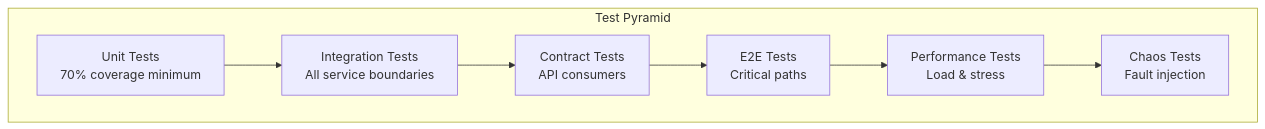
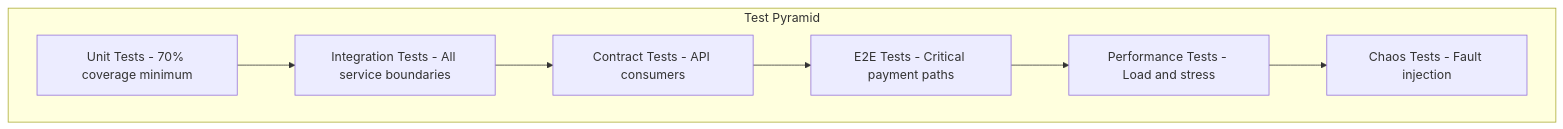
Diagram 15 of 15 in PRD.md (ashishthakur913/catenadocs), drawn with Mermaid before and after one commit. The commit also changed other lines of this file and 1 other file, not shown here.

````diff
--- a/PRD.md
+++ b/PRD.md
@@ -2133,13 +1627,13 @@
 ```mermaid
 flowchart TD
     subgraph "Test Pyramid"
-        A[Unit Tests<br/>70% coverage minimum]
-        B[Integration Tests<br/>All service boundaries]
-        C[Contract Tests<br/>API consumers]
-        D[E2E Tests<br/>Critical paths]
-        E[Performance Tests<br/>Load & stress]
-        F[Chaos Tests<br/>Fault injection]
+        A[Unit Tests - 70% coverage minimum]
+        B[Integration Tests - All service boundaries]
+        C[Contract Tests - API consumers]
+        D[E2E Tests - Critical payment paths]
+        E[Performance Tests - Load and stress]
+        F[Chaos Tests - Fault injection]
     end
     
     A --> B --> C --> D --> E --> F
 ```
````
